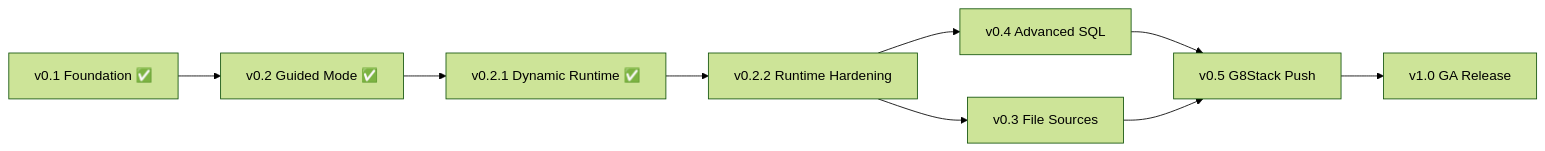
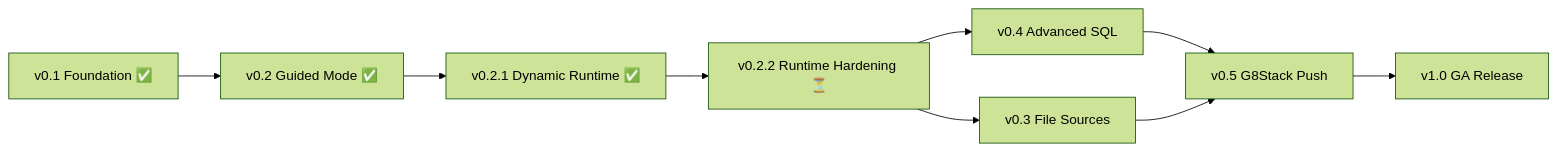
One commit to developers-hub-my/g8stack-connect changed the third of 3 diagrams in docs/05-roadmap/01-implementation-roadmap.md. Above: the diagram before and after it, drawn with Mermaid (forest theme). The commit also changed other lines of this file and 1 other file, not shown here.

First line of the commit message:
Update roadmap progress — v0.2.2 at 17/18 exit criteria done

````diff
--- a/docs/05-roadmap/01-implementation-roadmap.md
+++ b/docs/05-roadmap/01-implementation-roadmap.md
@@ -573,11 +575,11 @@
 ```mermaid
 graph LR
     v01["v0.1 Foundation ✅"] --> v02["v0.2 Guided Mode ✅"]
     v02 --> v021["v0.2.1 Dynamic Runtime ✅"]
-    v021 --> v022["v0.2.2 Runtime Hardening"]
+    v021 --> v022["v0.2.2 Runtime Hardening ⏳"]
     v022 --> v03["v0.3 File Sources"]
     v022 --> v04["v0.4 Advanced SQL"]
     v04 --> v05["v0.5 G8Stack Push"]
     v03 --> v05
     v05 --> v10["v1.0 GA Release"]
 ```
````
